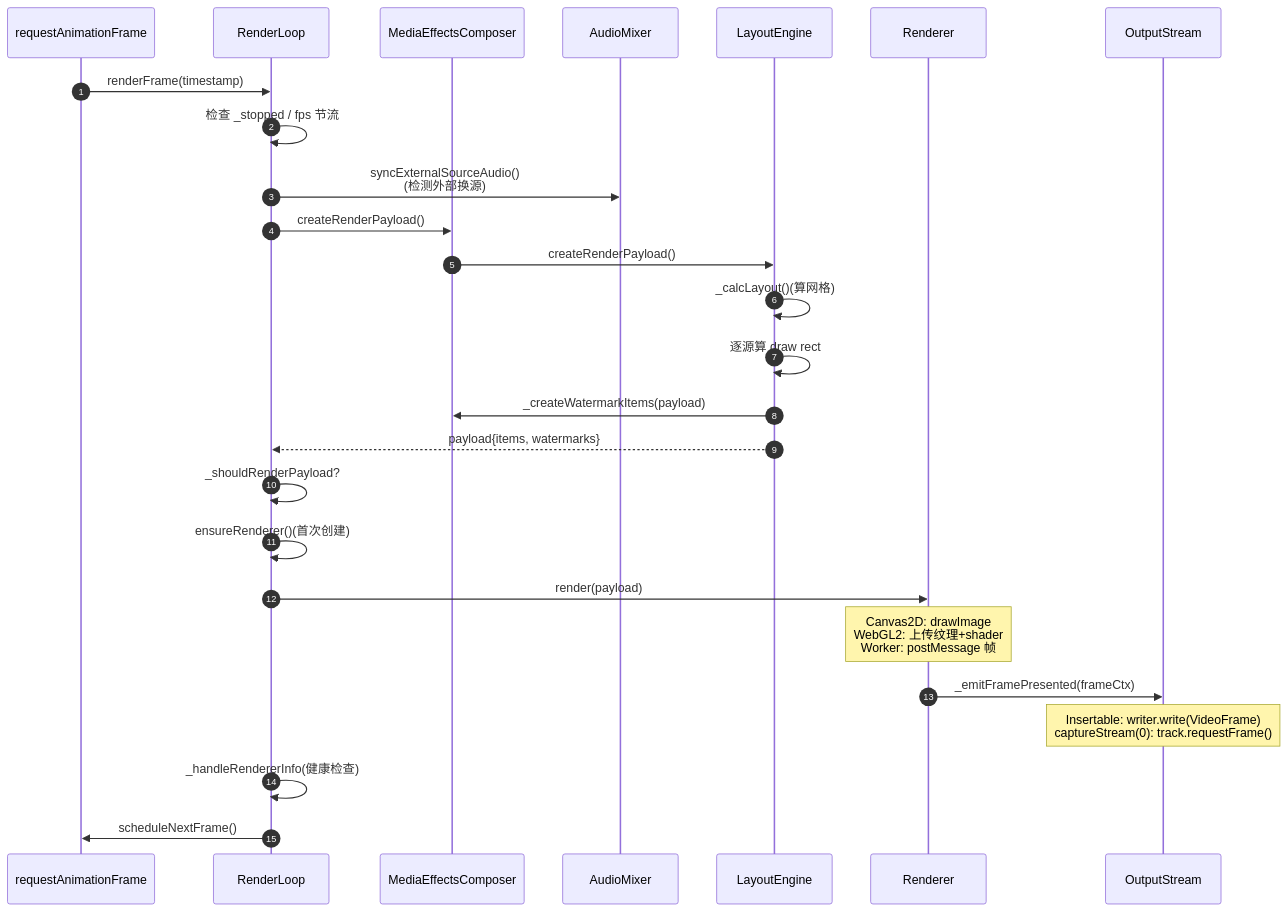
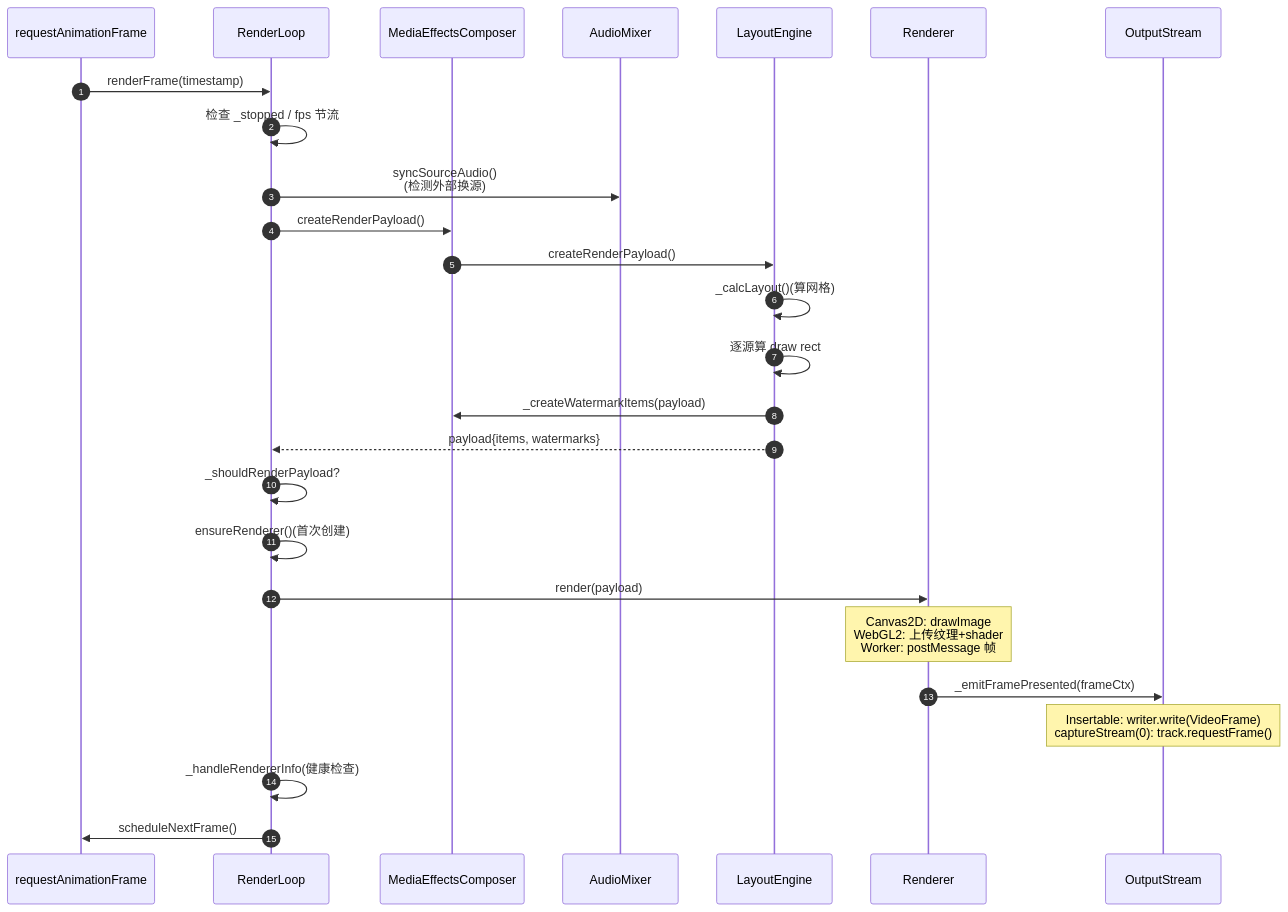
The ninth of 19 diagrams in docs/MediaEffectsComposer/MediaEffectsComposer-学习手册.md (lei40251/JsSIP), drawn with Mermaid before and after one commit. The commit also changed other lines of this file and 40 other files, not shown here.

````diff
--- a/docs/MediaEffectsComposer/MediaEffectsComposer-学习手册.md
+++ b/docs/MediaEffectsComposer/MediaEffectsComposer-学习手册.md
@@ -476,29 +476,29 @@
 ```mermaid
 sequenceDiagram
     autonumber
     participant RAF as requestAnimationFrame
     participant RL as RenderLoop
     participant CRT as MediaEffectsComposer
     participant AM as AudioMixer
     participant LE as LayoutEngine
     participant R as Renderer
     participant OM as OutputStream
 
     RAF->>RL: renderFrame(timestamp)
     RL->>RL: 检查 _stopped / fps 节流
-    RL->>AM: syncExternalSourceAudio()<br/>(检测外部换源)
+    RL->>AM: syncSourceAudio()<br/>(检测外部换源)
     RL->>CRT: createRenderPayload()
     CRT->>LE: createRenderPayload()
     LE->>LE: _calcLayout()(算网格)
     LE->>LE: 逐源算 draw rect
     LE->>CRT: _createWatermarkItems(payload)
     LE-->>RL: payload{items, watermarks}
     RL->>RL: _shouldRenderPayload?
     RL->>RL: ensureRenderer()(首次创建)
     RL->>R: render(payload)
     Note over R: Canvas2D: drawImage<br/>WebGL2: 上传纹理+shader<br/>Worker: postMessage 帧
     R->>OM: _emitFramePresented(frameCtx)
     Note over OM: Insertable: writer.write(VideoFrame)<br/>captureStream(0): track.requestFrame()
     RL->>RL: _handleRendererInfo(健康检查)
     RL->>RAF: scheduleNextFrame()
 ```
````
